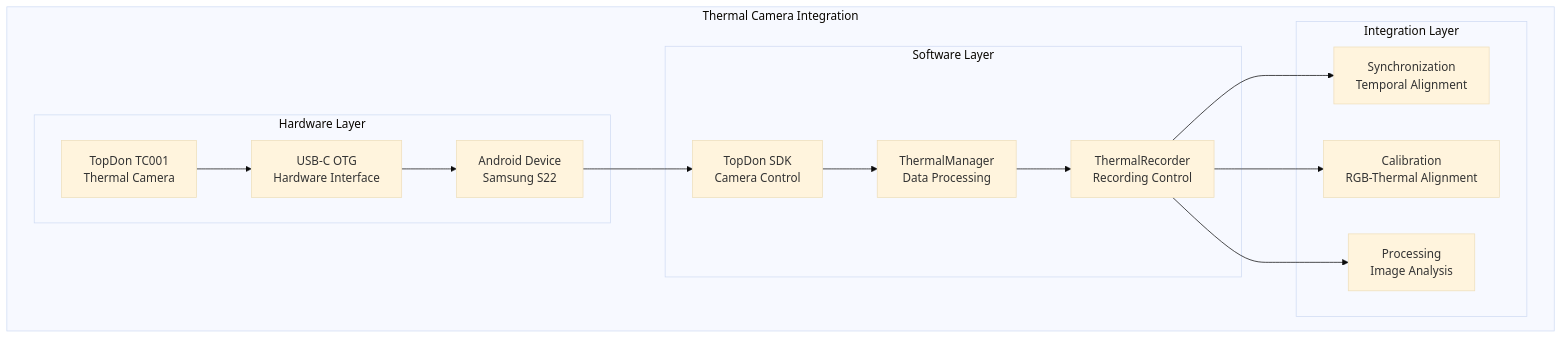
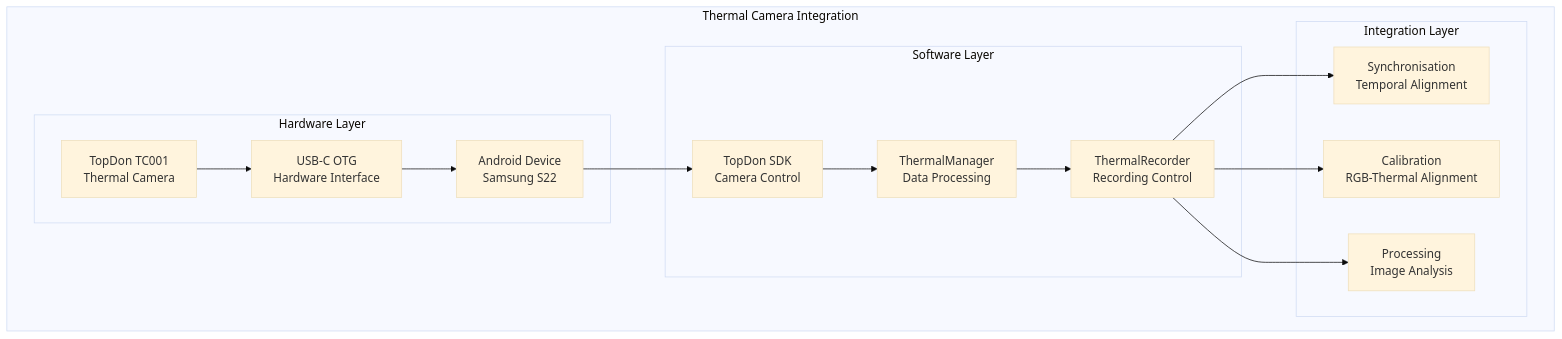
One commit to buccancs/fyp-multi-sensor-recording-system changed the first of 3 diagrams in docs/module_deep_dive/thermal_camera_integration_readme.md. Above: the diagram before and after it, drawn with Mermaid (base theme). The commit also changed other lines of this file and 56 other files, not shown here.

````diff
--- a/docs/module_deep_dive/thermal_camera_integration_readme.md
+++ b/docs/module_deep_dive/thermal_camera_integration_readme.md
@@ -32,32 +32,32 @@
 ```mermaid
 graph TB
     subgraph "Thermal Camera Integration"
         subgraph "Hardware Layer"
             TC[TopDon TC001<br/>Thermal Camera]
             OTG[USB-C OTG<br/>Hardware Interface]
             AD[Android Device<br/>Samsung S22]
         end
         
         subgraph "Software Layer"
             SDK[TopDon SDK<br/>Camera Control]
             TM[ThermalManager<br/>Data Processing]
             TR[ThermalRecorder<br/>Recording Control]
         end
         
         subgraph "Integration Layer"
-            SYNC[Synchronization<br/>Temporal Alignment]
+            SYNC[Synchronisation<br/>Temporal Alignment]
             CAL[Calibration<br/>RGB-Thermal Alignment]
             PROC[Processing<br/>Image Analysis]
         end
     end
     
     TC --> OTG
     OTG --> AD
     AD --> SDK
     SDK --> TM
     TM --> TR
     
     TR --> SYNC
     TR --> CAL
     TR --> PROC
 ```
````
